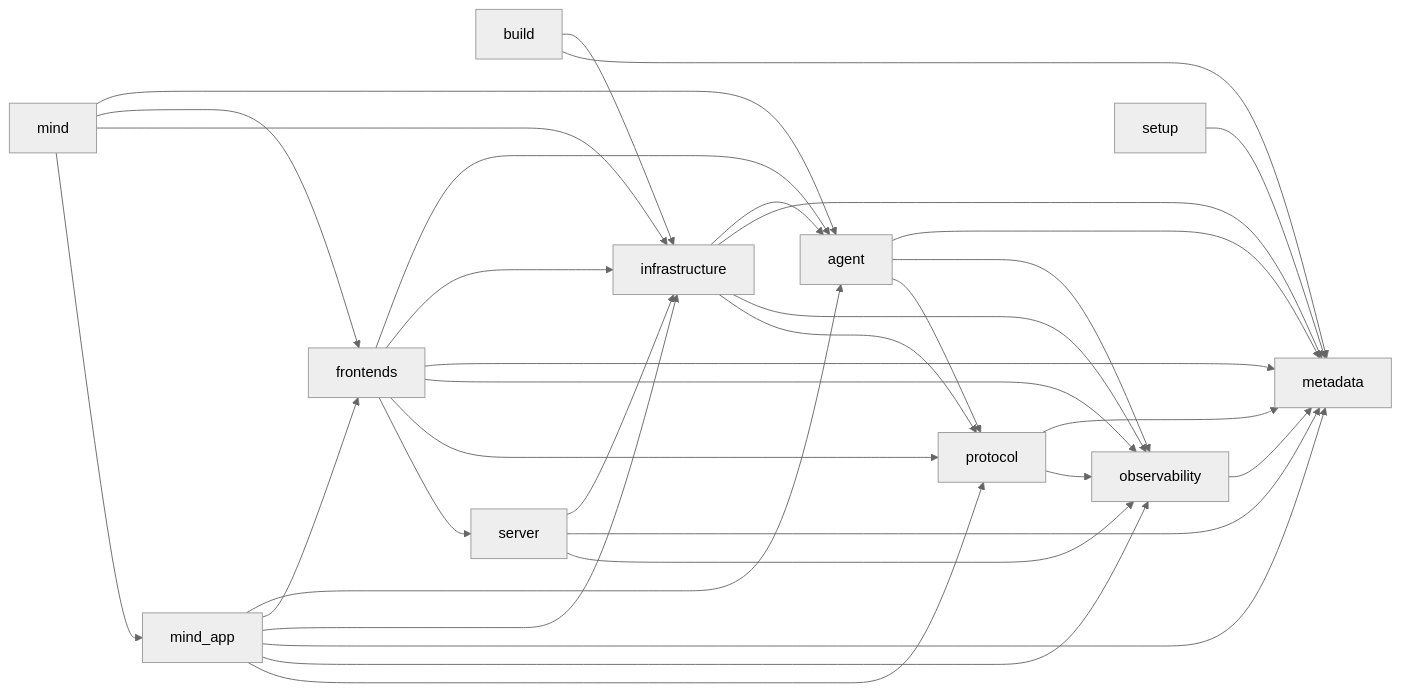
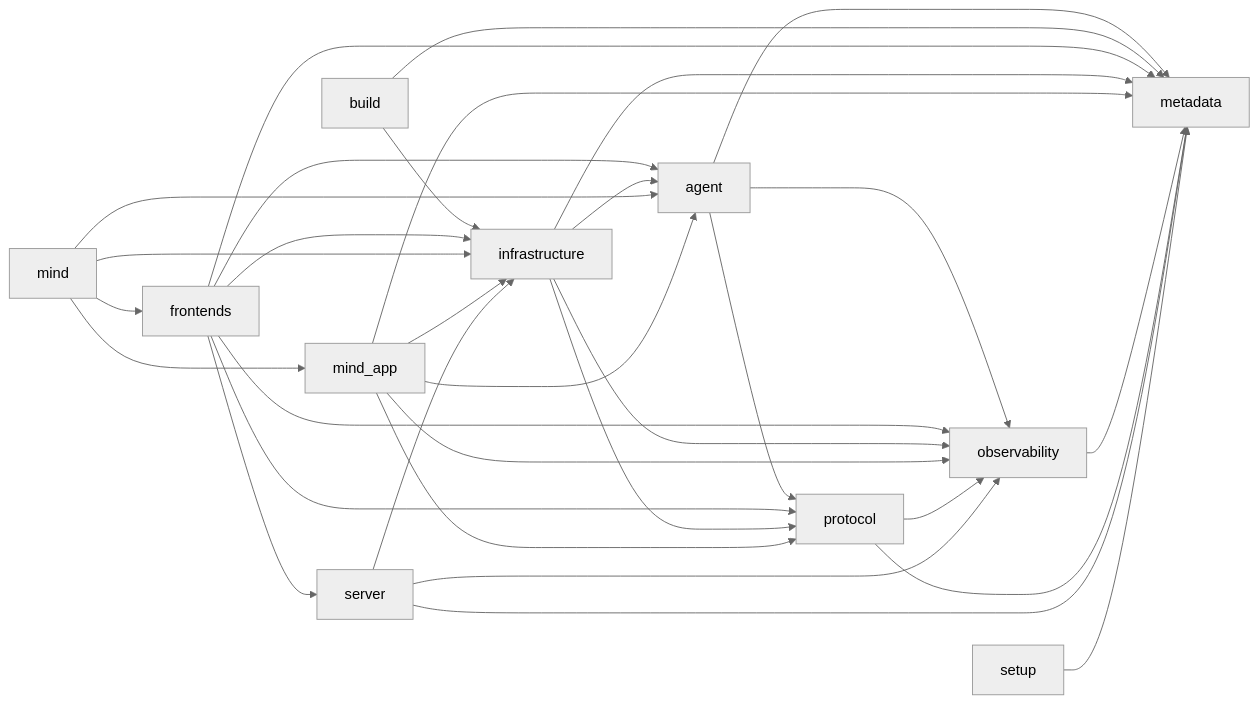
The diagram in AGENT_RUNTIME_IMPORT_GRAPH.md (AxionixLabs/ProxyMind), drawn with Mermaid (neutral theme) before and after one commit. The commit also changed other lines of this file and 26 other files, not shown here.

````diff
--- a/AGENT_RUNTIME_IMPORT_GRAPH.md
+++ b/AGENT_RUNTIME_IMPORT_GRAPH.md
@@ -15,35 +15,34 @@
 ```mermaid
 flowchart LR
     agent --> metadata
     agent --> observability
     agent --> protocol
     build --> infrastructure
     build --> metadata
     frontends --> agent
     frontends --> infrastructure
     frontends --> metadata
     frontends --> observability
     frontends --> protocol
     frontends --> server
     infrastructure --> agent
     infrastructure --> metadata
     infrastructure --> observability
     infrastructure --> protocol
     mind --> agent
     mind --> frontends
     mind --> infrastructure
     mind --> mind_app
     mind_app --> agent
-    mind_app --> frontends
     mind_app --> infrastructure
     mind_app --> metadata
     mind_app --> observability
     mind_app --> protocol
     observability --> metadata
     protocol --> metadata
     protocol --> observability
     server --> infrastructure
     server --> metadata
     server --> observability
     setup --> metadata
 ```
````
